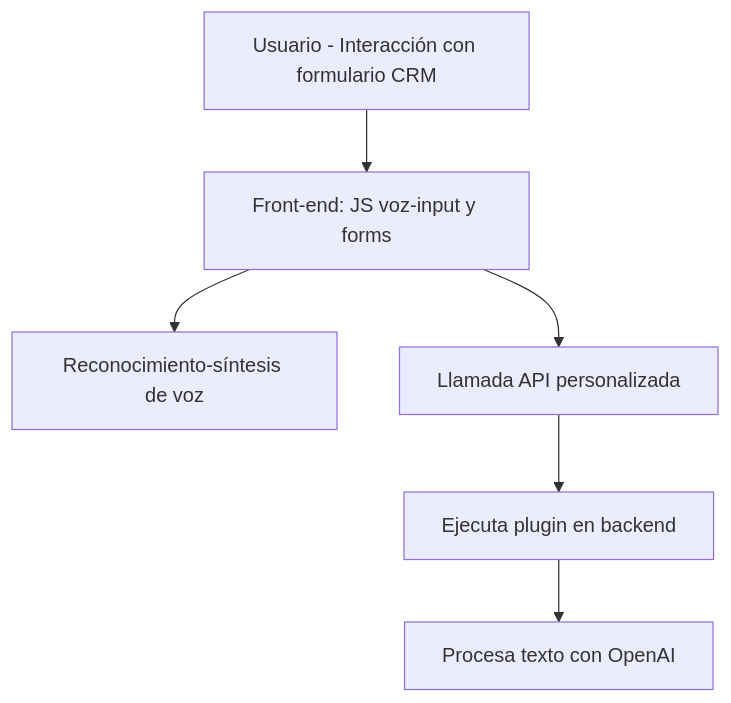
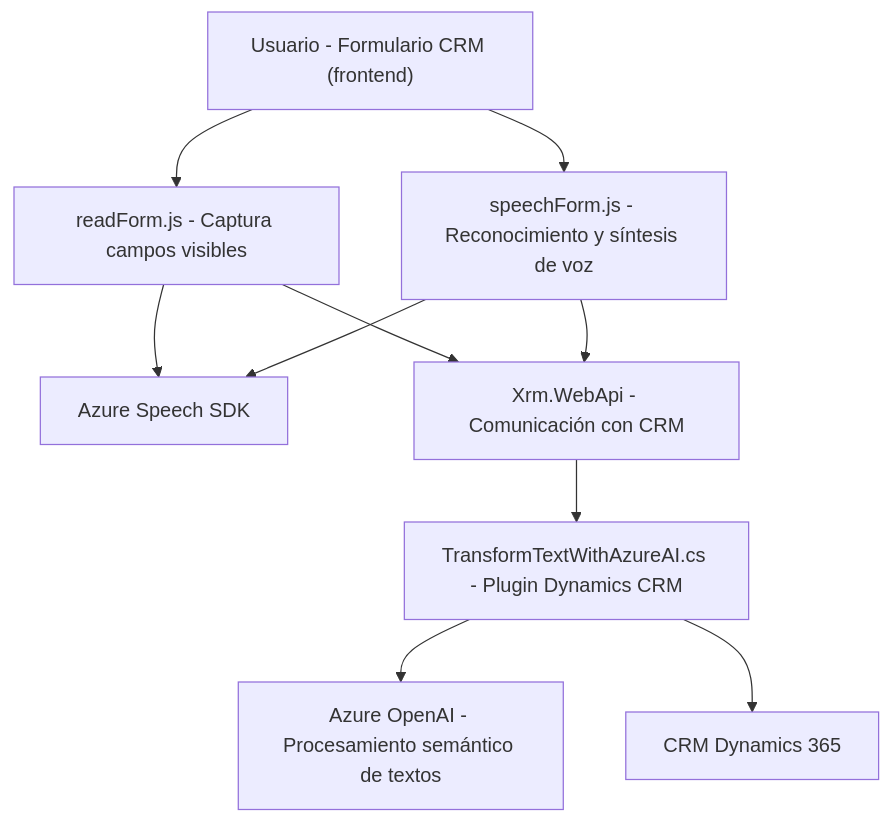
Before and after one commit to blopezdm/NETCORE_BILBAO2025: the diagram in README.md, drawn with Mermaid. The commit also changed other lines of this file, not shown here.

Commit message:
Actualizar análisis global de la solución con IA

````diff
--- a/README.md
+++ b/README.md
@@ -64,15 +63,21 @@
 ```mermaid
 graph TD
-  A["Usuario - Interacción con formulario CRM"]
-  B["Front-end: JS voz-input y forms"]
-  C["Azure Speech SDK - texto a voz/voz a texto"]
-  D["Servicio API personalizada para CRM"]
-  E["Backend: Plugin TransformTextWithAzureAI"]
-  F["Azure OpenAI API"]
+A["Usuario - Formulario CRM (frontend)"]
+B["readForm.js - Captura campos visibles"]
+C["speechForm.js - Reconocimiento y síntesis de voz"]
+D["Azure Speech SDK"]
+E["Xrm.WebApi - Comunicación con CRM"]
+F["TransformTextWithAzureAI.cs - Plugin Dynamics CRM"]
+G["Azure OpenAI - Procesamiento semántico de textos"]
+H["CRM Dynamics 365"]
 
-  A --> B
-  B --> C["Reconocimiento-síntesis de voz"]
-  B --> D["Llamada API personalizada"]
-  D --> E["Ejecuta plugin en backend"]
-  E --> F["Procesa texto con OpenAI"]
+A --> B
+A --> C
+B --> D
+C --> D
+B --> E
+C --> E
+E --> F
+F --> G
+F --> H
 ```
````
